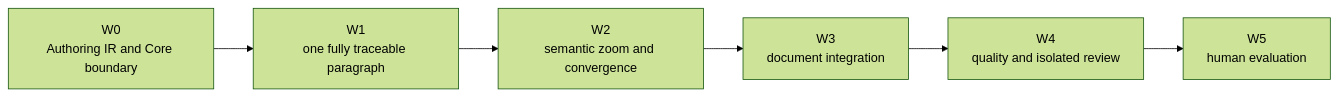
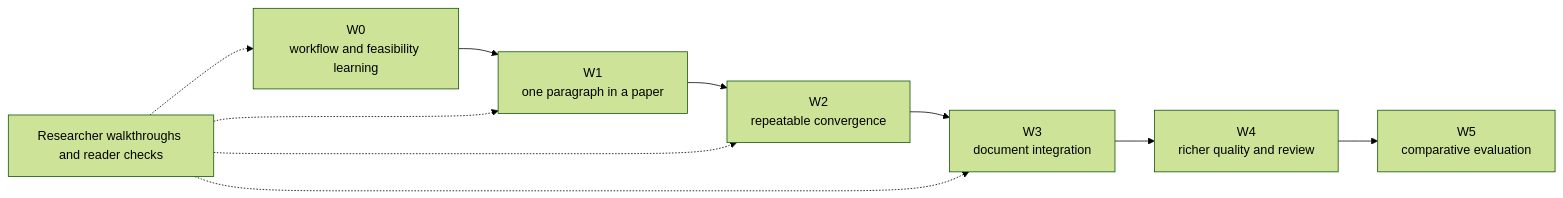
One commit to rka-project/rka-writer changed the diagram in ROADMAP.md. Above: the diagram before and after it, drawn with Mermaid (forest theme). The commit also changed other lines of this file and 30 other files, not shown here.

````diff
--- a/ROADMAP.md
+++ b/ROADMAP.md
@@ -7,8 +7,12 @@
 ```mermaid
 flowchart LR
-    W0["W0<br/>Authoring IR and Core boundary"] --> W1["W1<br/>one fully traceable paragraph"]
-    W1 --> W2["W2<br/>semantic zoom and convergence"]
+    W0["W0<br/>workflow and feasibility learning"] --> W1["W1<br/>one paragraph in a paper"]
+    W1 --> W2["W2<br/>repeatable convergence"]
     W2 --> W3["W3<br/>document integration"]
-    W3 --> W4["W4<br/>quality and isolated review"]
-    W4 --> W5["W5<br/>human evaluation"]
+    W3 --> W4["W4<br/>richer quality and review"]
+    W4 --> W5["W5<br/>comparative evaluation"]
+    H["Researcher walkthroughs and reader checks"] -.-> W0
+    H -.-> W1
+    H -.-> W2
+    H -.-> W3
 ```
````
